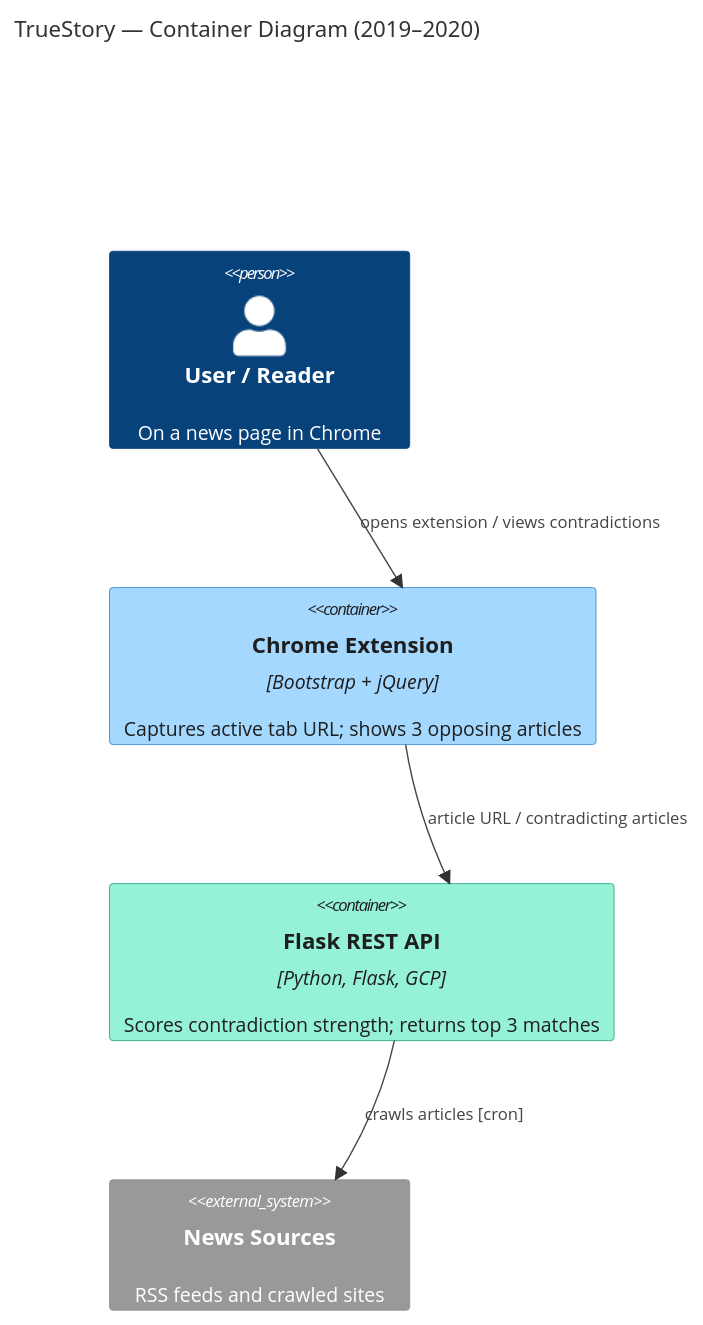
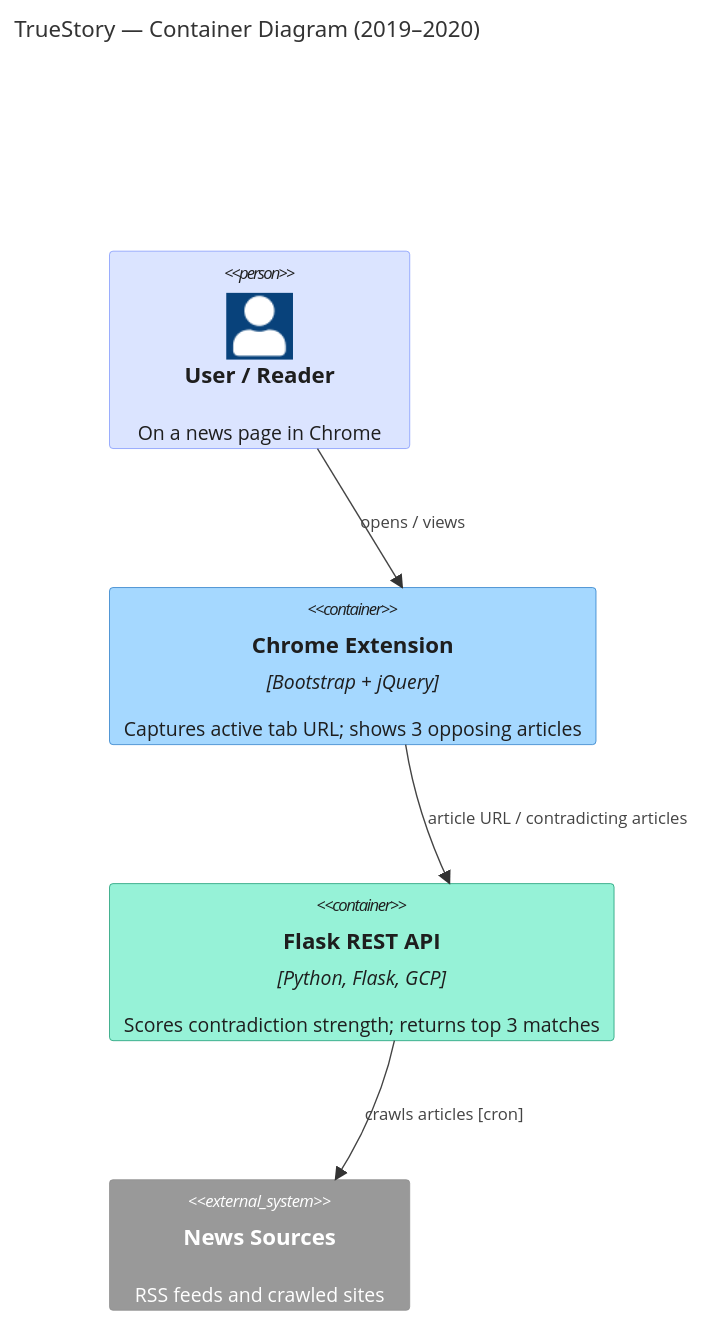
The diagram in src/diagrams/truestory.md (cmin764/portfolio), drawn with Mermaid before and after one commit. The commit also changed 4 other files, not shown here.

````diff
--- a/src/diagrams/truestory.md
+++ b/src/diagrams/truestory.md
@@ -3,19 +3,20 @@
 ```mermaid
 C4Container
   title TrueStory — Container Diagram (2019–2020)
 
   Person(user, "User / Reader", "On a news page in Chrome")
   Container(ext, "Chrome Extension", "Bootstrap + jQuery", "Captures active tab URL; shows 3 opposing articles")
   Container(api, "Flask REST API", "Python, Flask, GCP", "Scores contradiction strength; returns top 3 matches")
   System_Ext(news, "News Sources", "RSS feeds and crawled sites")
 
-  Rel(user, ext, "opens extension / views contradictions")
+  Rel(user, ext, "opens / views")
   Rel(ext, api, "article URL / contradicting articles")
   %% api→news: dashed line + filled arrowhead in export (cron dependency, not async queue)
   Rel(api, news, "crawls articles [cron]")
 
+  UpdateElementStyle(user, $fontColor="#1e1e1e", $bgColor="#dbe4ff", $borderColor="#748ffc")
   UpdateElementStyle(ext, $fontColor="#1e1e1e", $bgColor="#a5d8ff", $borderColor="#1971c2")
   UpdateElementStyle(api, $fontColor="#1e1e1e", $bgColor="#96f2d7", $borderColor="#099268")
 
   UpdateLayoutConfig($c4ShapeInRow="2", $c4BoundaryInRow="1")
 ```
````
